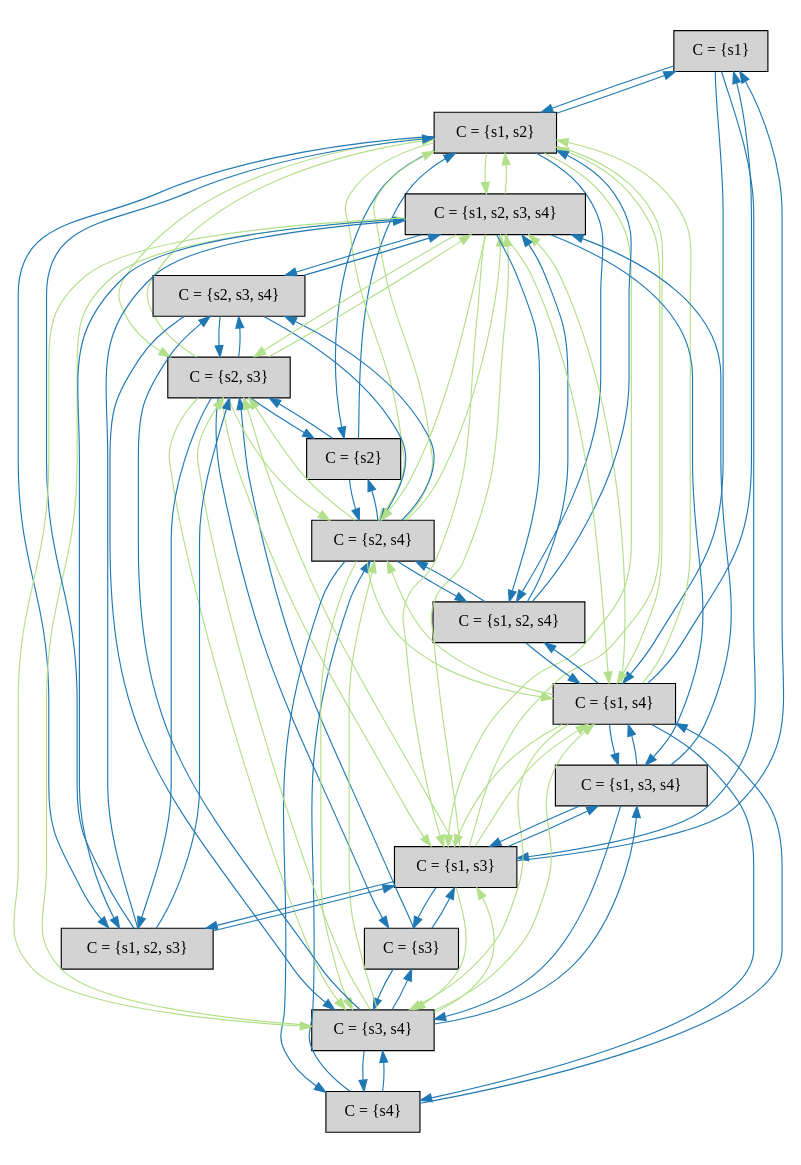
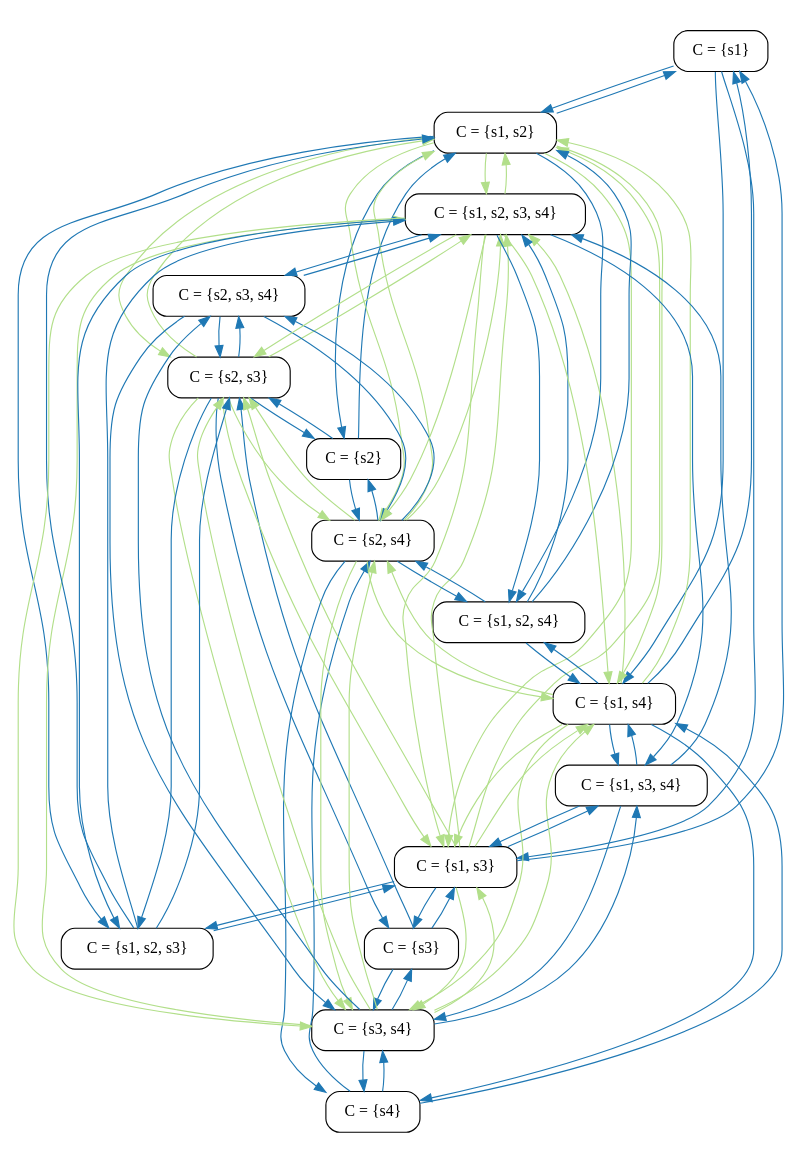
Before and after one commit to will62794/logless-reconfig: the diagram in notes/raft_reconfig_bug/quorums_n4.dot, drawn with Graphviz. The commit also changed 12 other files, not shown here.

Commit message:
update diagrams

```diff
--- a/notes/raft_reconfig_bug/quorums_n4.dot
+++ b/notes/raft_reconfig_bug/quorums_n4.dot
@@ -4,113 +4,113 @@
 nodesep=0.35;
 subgraph cluster_graph {
 color="white";
--4379543115135972385 [label="C = {s1}",style = filled]
--793791999858615013 [label="C = {s2}",style = filled]
--1854031509230350169 [label="C = {s3}",style = filled]
--7242527236161277805 [label="C = {s4}",style = filled]
--8559702535754265601 [label="C = {s1, s2}",style = filled]
--7238663736753682877 [label="C = {s1, s3}",style = filled]
--1822992077114710409 [label="C = {s1, s4}",style = filled]
-2435901026262933000 [label="C = {s2, s3}",style = filled]
-6698674400958037564 [label="C = {s2, s4}",style = filled]
--2717013067856592208 [label="C = {s3, s4}",style = filled]
--1374389356390639945 [label="C = {s1, s2, s3}",style = filled]
--7938359765733706109 [label="C = {s1, s2, s4}",style = filled]
-1686602702495877647 [label="C = {s1, s3, s4}",style = filled]
--7086233049090785070 [label="C = {s2, s3, s4}",style = filled]
-610692909057277917 [label="C = {s1, s2, s3, s4}",style = filled]
--4379543115135972385 -> -8559702535754265601 [label="",color="2",fontcolor="2"];
--4379543115135972385 -> -7238663736753682877 [label="",color="2",fontcolor="2"];
--4379543115135972385 -> -1822992077114710409 [label="",color="2",fontcolor="2"];
--793791999858615013 -> -8559702535754265601 [label="",color="2",fontcolor="2"];
--793791999858615013 -> 2435901026262933000 [label="",color="2",fontcolor="2"];
--793791999858615013 -> 6698674400958037564 [label="",color="2",fontcolor="2"];
--1854031509230350169 -> -7238663736753682877 [label="",color="2",fontcolor="2"];
--1854031509230350169 -> 2435901026262933000 [label="",color="2",fontcolor="2"];
--1854031509230350169 -> -2717013067856592208 [label="",color="2",fontcolor="2"];
--7242527236161277805 -> -1822992077114710409 [label="",color="2",fontcolor="2"];
--7242527236161277805 -> 6698674400958037564 [label="",color="2",fontcolor="2"];
--7242527236161277805 -> -2717013067856592208 [label="",color="2",fontcolor="2"];
--8559702535754265601 -> -793791999858615013 [label="",color="2",fontcolor="2"];
--8559702535754265601 -> -4379543115135972385 [label="",color="2",fontcolor="2"];
--8559702535754265601 -> -1374389356390639945 [label="",color="2",fontcolor="2"];
--8559702535754265601 -> -7938359765733706109 [label="",color="2",fontcolor="2"];
--8559702535754265601 -> -7238663736753682877 [label="",color="3",fontcolor="3"];
--8559702535754265601 -> -1822992077114710409 [label="",color="3",fontcolor="3"];
--8559702535754265601 -> 2435901026262933000 [label="",color="3",fontcolor="3"];
--8559702535754265601 -> 6698674400958037564 [label="",color="3",fontcolor="3"];
--8559702535754265601 -> 610692909057277917 [label="",color="3",fontcolor="3"];
--7238663736753682877 -> -1854031509230350169 [label="",color="2",fontcolor="2"];
--7238663736753682877 -> -1374389356390639945 [label="",color="2",fontcolor="2"];
--7238663736753682877 -> -4379543115135972385 [label="",color="2",fontcolor="2"];
--7238663736753682877 -> 1686602702495877647 [label="",color="2",fontcolor="2"];
--7238663736753682877 -> -8559702535754265601 [label="",color="3",fontcolor="3"];
--7238663736753682877 -> -1822992077114710409 [label="",color="3",fontcolor="3"];
--7238663736753682877 -> 2435901026262933000 [label="",color="3",fontcolor="3"];
--7238663736753682877 -> -2717013067856592208 [label="",color="3",fontcolor="3"];
--7238663736753682877 -> 610692909057277917 [label="",color="3",fontcolor="3"];
--1822992077114710409 -> -7242527236161277805 [label="",color="2",fontcolor="2"];
--1822992077114710409 -> -7938359765733706109 [label="",color="2",fontcolor="2"];
--1822992077114710409 -> 1686602702495877647 [label="",color="2",fontcolor="2"];
--1822992077114710409 -> -4379543115135972385 [label="",color="2",fontcolor="2"];
--1822992077114710409 -> -8559702535754265601 [label="",color="3",fontcolor="3"];
--1822992077114710409 -> -7238663736753682877 [label="",color="3",fontcolor="3"];
--1822992077114710409 -> 6698674400958037564 [label="",color="3",fontcolor="3"];
--1822992077114710409 -> -2717013067856592208 [label="",color="3",fontcolor="3"];
--1822992077114710409 -> 610692909057277917 [label="",color="3",fontcolor="3"];
-2435901026262933000 -> -1374389356390639945 [label="",color="2",fontcolor="2"];
-2435901026262933000 -> -1854031509230350169 [label="",color="2",fontcolor="2"];
-2435901026262933000 -> -793791999858615013 [label="",color="2",fontcolor="2"];
-2435901026262933000 -> -7086233049090785070 [label="",color="2",fontcolor="2"];
-2435901026262933000 -> -8559702535754265601 [label="",color="3",fontcolor="3"];
-2435901026262933000 -> -7238663736753682877 [label="",color="3",fontcolor="3"];
-2435901026262933000 -> 6698674400958037564 [label="",color="3",fontcolor="3"];
-2435901026262933000 -> -2717013067856592208 [label="",color="3",fontcolor="3"];
-2435901026262933000 -> 610692909057277917 [label="",color="3",fontcolor="3"];
-6698674400958037564 -> -7938359765733706109 [label="",color="2",fontcolor="2"];
-6698674400958037564 -> -7242527236161277805 [label="",color="2",fontcolor="2"];
-6698674400958037564 -> -7086233049090785070 [label="",color="2",fontcolor="2"];
-6698674400958037564 -> -793791999858615013 [label="",color="2",fontcolor="2"];
-6698674400958037564 -> -8559702535754265601 [label="",color="3",fontcolor="3"];
-6698674400958037564 -> -1822992077114710409 [label="",color="3",fontcolor="3"];
-6698674400958037564 -> 2435901026262933000 [label="",color="3",fontcolor="3"];
-6698674400958037564 -> -2717013067856592208 [label="",color="3",fontcolor="3"];
-6698674400958037564 -> 610692909057277917 [label="",color="3",fontcolor="3"];
--2717013067856592208 -> 1686602702495877647 [label="",color="2",fontcolor="2"];
--2717013067856592208 -> -7086233049090785070 [label="",color="2",fontcolor="2"];
--2717013067856592208 -> -7242527236161277805 [label="",color="2",fontcolor="2"];
--2717013067856592208 -> -1854031509230350169 [label="",color="2",fontcolor="2"];
--2717013067856592208 -> -7238663736753682877 [label="",color="3",fontcolor="3"];
--2717013067856592208 -> -1822992077114710409 [label="",color="3",fontcolor="3"];
--2717013067856592208 -> 2435901026262933000 [label="",color="3",fontcolor="3"];
--2717013067856592208 -> 6698674400958037564 [label="",color="3",fontcolor="3"];
--2717013067856592208 -> 610692909057277917 [label="",color="3",fontcolor="3"];
--1374389356390639945 -> 2435901026262933000 [label="",color="2",fontcolor="2"];
--1374389356390639945 -> -7238663736753682877 [label="",color="2",fontcolor="2"];
--1374389356390639945 -> -8559702535754265601 [label="",color="2",fontcolor="2"];
--1374389356390639945 -> 610692909057277917 [label="",color="2",fontcolor="2"];
--7938359765733706109 -> 6698674400958037564 [label="",color="2",fontcolor="2"];
--7938359765733706109 -> -1822992077114710409 [label="",color="2",fontcolor="2"];
--7938359765733706109 -> 610692909057277917 [label="",color="2",fontcolor="2"];
--7938359765733706109 -> -8559702535754265601 [label="",color="2",fontcolor="2"];
-1686602702495877647 -> -2717013067856592208 [label="",color="2",fontcolor="2"];
-1686602702495877647 -> 610692909057277917 [label="",color="2",fontcolor="2"];
-1686602702495877647 -> -1822992077114710409 [label="",color="2",fontcolor="2"];
-1686602702495877647 -> -7238663736753682877 [label="",color="2",fontcolor="2"];
--7086233049090785070 -> 610692909057277917 [label="",color="2",fontcolor="2"];
--7086233049090785070 -> -2717013067856592208 [label="",color="2",fontcolor="2"];
--7086233049090785070 -> 6698674400958037564 [label="",color="2",fontcolor="2"];
--7086233049090785070 -> 2435901026262933000 [label="",color="2",fontcolor="2"];
-610692909057277917 -> -7086233049090785070 [label="",color="2",fontcolor="2"];
-610692909057277917 -> 1686602702495877647 [label="",color="2",fontcolor="2"];
-610692909057277917 -> -7938359765733706109 [label="",color="2",fontcolor="2"];
-610692909057277917 -> -1374389356390639945 [label="",color="2",fontcolor="2"];
-610692909057277917 -> -8559702535754265601 [label="",color="3",fontcolor="3"];
-610692909057277917 -> -7238663736753682877 [label="",color="3",fontcolor="3"];
-610692909057277917 -> -1822992077114710409 [label="",color="3",fontcolor="3"];
-610692909057277917 -> 2435901026262933000 [label="",color="3",fontcolor="3"];
-610692909057277917 -> 6698674400958037564 [label="",color="3",fontcolor="3"];
-610692909057277917 -> -2717013067856592208 [label="",color="3",fontcolor="3"];
+-4885996904417953731 [label="C = {s1}"]
+-1294095731187285946 [label="C = {s2}"]
+4334255314006841314 [label="C = {s3}"]
+5367288266070978736 [label="C = {s4}"]
+-5842153577117597601 [label="C = {s1, s2}"]
+8989374732988143611 [label="C = {s1, s3}"]
+764066788074008745 [label="C = {s1, s4}"]
+6080638074609652534 [label="C = {s2, s3}"]
+2465978217327015012 [label="C = {s2, s4}"]
+-2766302697288693678 [label="C = {s3, s4}"]
+4253387857572992763 [label="C = {s1, s2, s3}"]
+5574681989265191337 [label="C = {s1, s2, s4}"]
+-5261950396335862369 [label="C = {s1, s3, s4}"]
+-1753697371777292044 [label="C = {s2, s3, s4}"]
+2851982863085605689 [label="C = {s1, s2, s3, s4}"]
+-4885996904417953731 -> -5842153577117597601 [label="",color="2",fontcolor="2"];
+-4885996904417953731 -> 8989374732988143611 [label="",color="2",fontcolor="2"];
+-4885996904417953731 -> 764066788074008745 [label="",color="2",fontcolor="2"];
+-1294095731187285946 -> -5842153577117597601 [label="",color="2",fontcolor="2"];
+-1294095731187285946 -> 6080638074609652534 [label="",color="2",fontcolor="2"];
+-1294095731187285946 -> 2465978217327015012 [label="",color="2",fontcolor="2"];
+4334255314006841314 -> 8989374732988143611 [label="",color="2",fontcolor="2"];
+4334255314006841314 -> 6080638074609652534 [label="",color="2",fontcolor="2"];
+4334255314006841314 -> -2766302697288693678 [label="",color="2",fontcolor="2"];
+5367288266070978736 -> 764066788074008745 [label="",color="2",fontcolor="2"];
+5367288266070978736 -> 2465978217327015012 [label="",color="2",fontcolor="2"];
+5367288266070978736 -> -2766302697288693678 [label="",color="2",fontcolor="2"];
+-5842153577117597601 -> -1294095731187285946 [label="",color="2",fontcolor="2"];
+-5842153577117597601 -> -4885996904417953731 [label="",color="2",fontcolor="2"];
+-5842153577117597601 -> 4253387857572992763 [label="",color="2",fontcolor="2"];
+-5842153577117597601 -> 5574681989265191337 [label="",color="2",fontcolor="2"];
+-5842153577117597601 -> 8989374732988143611 [label="",color="3",fontcolor="3"];
+-5842153577117597601 -> 764066788074008745 [label="",color="3",fontcolor="3"];
+-5842153577117597601 -> 6080638074609652534 [label="",color="3",fontcolor="3"];
+-5842153577117597601 -> 2465978217327015012 [label="",color="3",fontcolor="3"];
+-5842153577117597601 -> 2851982863085605689 [label="",color="3",fontcolor="3"];
+8989374732988143611 -> 4334255314006841314 [label="",color="2",fontcolor="2"];
+8989374732988143611 -> 4253387857572992763 [label="",color="2",fontcolor="2"];
+8989374732988143611 -> -4885996904417953731 [label="",color="2",fontcolor="2"];
+8989374732988143611 -> -5261950396335862369 [label="",color="2",fontcolor="2"];
+8989374732988143611 -> -5842153577117597601 [label="",color="3",fontcolor="3"];
+8989374732988143611 -> 764066788074008745 [label="",color="3",fontcolor="3"];
+8989374732988143611 -> 6080638074609652534 [label="",color="3",fontcolor="3"];
+8989374732988143611 -> -2766302697288693678 [label="",color="3",fontcolor="3"];
+8989374732988143611 -> 2851982863085605689 [label="",color="3",fontcolor="3"];
+764066788074008745 -> 5367288266070978736 [label="",color="2",fontcolor="2"];
+764066788074008745 -> 5574681989265191337 [label="",color="2",fontcolor="2"];
+764066788074008745 -> -5261950396335862369 [label="",color="2",fontcolor="2"];
+764066788074008745 -> -4885996904417953731 [label="",color="2",fontcolor="2"];
+764066788074008745 -> -5842153577117597601 [label="",color="3",fontcolor="3"];
+764066788074008745 -> 8989374732988143611 [label="",color="3",fontcolor="3"];
+764066788074008745 -> 2465978217327015012 [label="",color="3",fontcolor="3"];
+764066788074008745 -> -2766302697288693678 [label="",color="3",fontcolor="3"];
+764066788074008745 -> 2851982863085605689 [label="",color="3",fontcolor="3"];
+6080638074609652534 -> 4253387857572992763 [label="",color="2",fontcolor="2"];
+6080638074609652534 -> 4334255314006841314 [label="",color="2",fontcolor="2"];
+6080638074609652534 -> -1294095731187285946 [label="",color="2",fontcolor="2"];
+6080638074609652534 -> -1753697371777292044 [label="",color="2",fontcolor="2"];
+6080638074609652534 -> -5842153577117597601 [label="",color="3",fontcolor="3"];
+6080638074609652534 -> 8989374732988143611 [label="",color="3",fontcolor="3"];
+6080638074609652534 -> 2465978217327015012 [label="",color="3",fontcolor="3"];
+6080638074609652534 -> -2766302697288693678 [label="",color="3",fontcolor="3"];
+6080638074609652534 -> 2851982863085605689 [label="",color="3",fontcolor="3"];
+2465978217327015012 -> 5574681989265191337 [label="",color="2",fontcolor="2"];
+2465978217327015012 -> 5367288266070978736 [label="",color="2",fontcolor="2"];
+2465978217327015012 -> -1753697371777292044 [label="",color="2",fontcolor="2"];
+2465978217327015012 -> -1294095731187285946 [label="",color="2",fontcolor="2"];
+2465978217327015012 -> -5842153577117597601 [label="",color="3",fontcolor="3"];
+2465978217327015012 -> 764066788074008745 [label="",color="3",fontcolor="3"];
+2465978217327015012 -> 6080638074609652534 [label="",color="3",fontcolor="3"];
+2465978217327015012 -> -2766302697288693678 [label="",color="3",fontcolor="3"];
+2465978217327015012 -> 2851982863085605689 [label="",color="3",fontcolor="3"];
+-2766302697288693678 -> -5261950396335862369 [label="",color="2",fontcolor="2"];
+-2766302697288693678 -> -1753697371777292044 [label="",color="2",fontcolor="2"];
+-2766302697288693678 -> 5367288266070978736 [label="",color="2",fontcolor="2"];
+-2766302697288693678 -> 4334255314006841314 [label="",color="2",fontcolor="2"];
+-2766302697288693678 -> 8989374732988143611 [label="",color="3",fontcolor="3"];
+-2766302697288693678 -> 764066788074008745 [label="",color="3",fontcolor="3"];
+-2766302697288693678 -> 6080638074609652534 [label="",color="3",fontcolor="3"];
+-2766302697288693678 -> 2465978217327015012 [label="",color="3",fontcolor="3"];
+-2766302697288693678 -> 2851982863085605689 [label="",color="3",fontcolor="3"];
+4253387857572992763 -> 6080638074609652534 [label="",color="2",fontcolor="2"];
+4253387857572992763 -> 8989374732988143611 [label="",color="2",fontcolor="2"];
+4253387857572992763 -> -5842153577117597601 [label="",color="2",fontcolor="2"];
+4253387857572992763 -> 2851982863085605689 [label="",color="2",fontcolor="2"];
+5574681989265191337 -> 2465978217327015012 [label="",color="2",fontcolor="2"];
+5574681989265191337 -> 764066788074008745 [label="",color="2",fontcolor="2"];
+5574681989265191337 -> 2851982863085605689 [label="",color="2",fontcolor="2"];
+5574681989265191337 -> -5842153577117597601 [label="",color="2",fontcolor="2"];
+-5261950396335862369 -> -2766302697288693678 [label="",color="2",fontcolor="2"];
+-5261950396335862369 -> 2851982863085605689 [label="",color="2",fontcolor="2"];
+-5261950396335862369 -> 764066788074008745 [label="",color="2",fontcolor="2"];
+-5261950396335862369 -> 8989374732988143611 [label="",color="2",fontcolor="2"];
+-1753697371777292044 -> 2851982863085605689 [label="",color="2",fontcolor="2"];
+-1753697371777292044 -> -2766302697288693678 [label="",color="2",fontcolor="2"];
+-1753697371777292044 -> 2465978217327015012 [label="",color="2",fontcolor="2"];
+-1753697371777292044 -> 6080638074609652534 [label="",color="2",fontcolor="2"];
+2851982863085605689 -> -1753697371777292044 [label="",color="2",fontcolor="2"];
+2851982863085605689 -> -5261950396335862369 [label="",color="2",fontcolor="2"];
+2851982863085605689 -> 5574681989265191337 [label="",color="2",fontcolor="2"];
+2851982863085605689 -> 4253387857572992763 [label="",color="2",fontcolor="2"];
+2851982863085605689 -> -5842153577117597601 [label="",color="3",fontcolor="3"];
+2851982863085605689 -> 8989374732988143611 [label="",color="3",fontcolor="3"];
+2851982863085605689 -> 764066788074008745 [label="",color="3",fontcolor="3"];
+2851982863085605689 -> 6080638074609652534 [label="",color="3",fontcolor="3"];
+2851982863085605689 -> 2465978217327015012 [label="",color="3",fontcolor="3"];
+2851982863085605689 -> -2766302697288693678 [label="",color="3",fontcolor="3"];
 
 }
 subgraph cluster_legend {graph[style=bold];label = "Next State Actions" style="solid"
```
